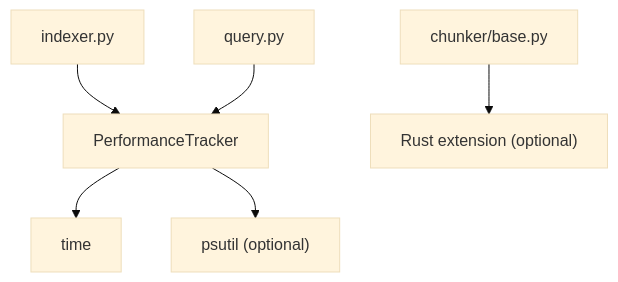
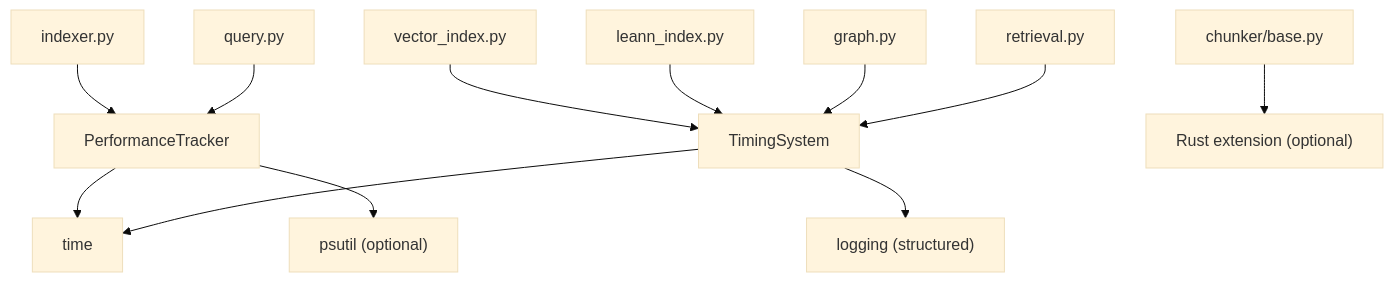
Before and after one commit to maemreyo/zmr-ctx-paker: the eighth of 8 diagrams in .qoder/repowiki/en/content/Performance & Optimization/Performance Monitoring.md, drawn with Mermaid (base theme). The commit also changed other lines of this file and 94 other files, not shown here.

````diff
--- a/.qoder/repowiki/en/content/Performance & Optimization/Performance Monitoring.md
+++ b/.qoder/repowiki/en/content/Performance & Optimization/Performance Monitoring.md
@@ -285,8 +410,14 @@
 ```mermaid
 graph TB
 PT["PerformanceTracker"] --> TIME["time"]
 PT --> PSUTIL["psutil (optional)"]
+TIMING["TimingSystem"] --> TIME
+TIMING --> LOGGING["logging (structured)"]
 IDX["indexer.py"] --> PT
 QRY["query.py"] --> PT
 CHUNK["chunker/base.py"] --> RS["Rust extension (optional)"]
+ENC["vector_index.py"] --> TIMING
+SRCH["leann_index.py"] --> TIMING
+PR["graph.py"] --> TIMING
+RET["retrieval.py"] --> TIMING
 ```
````
